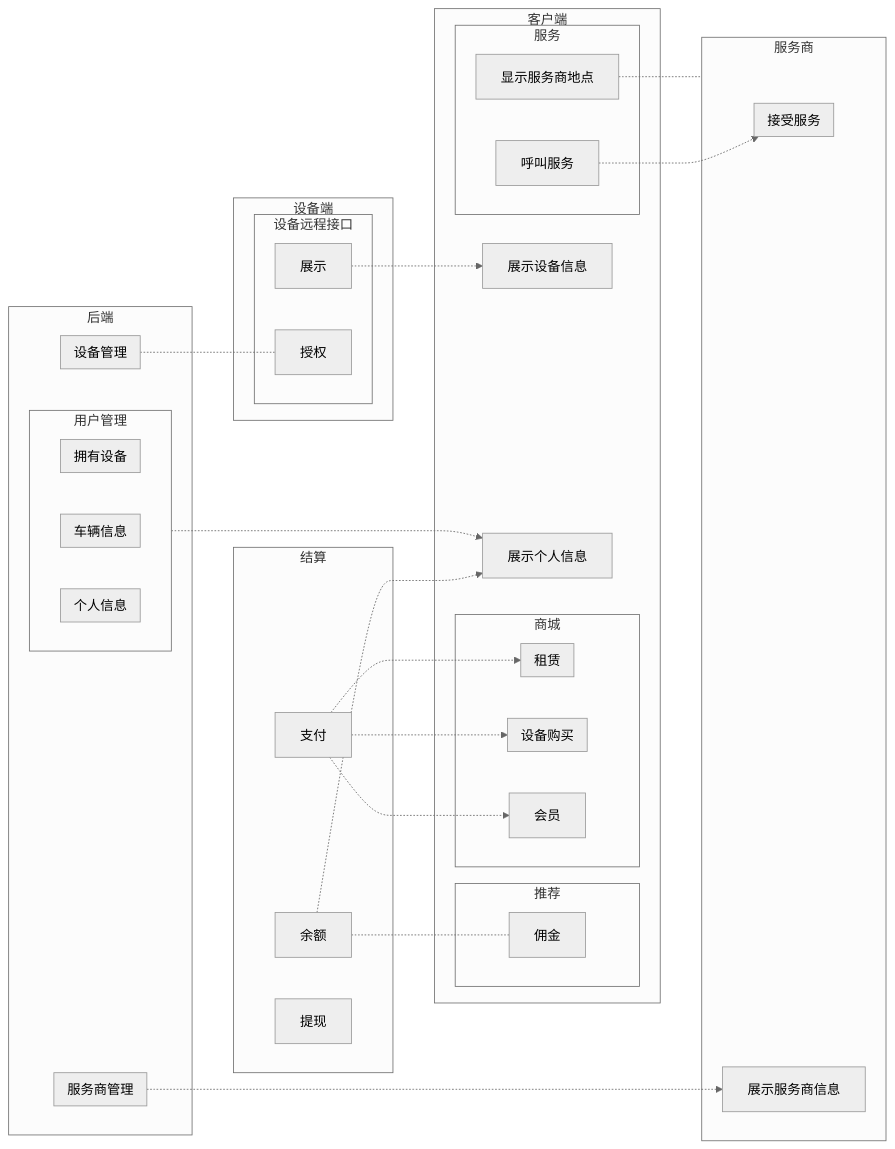
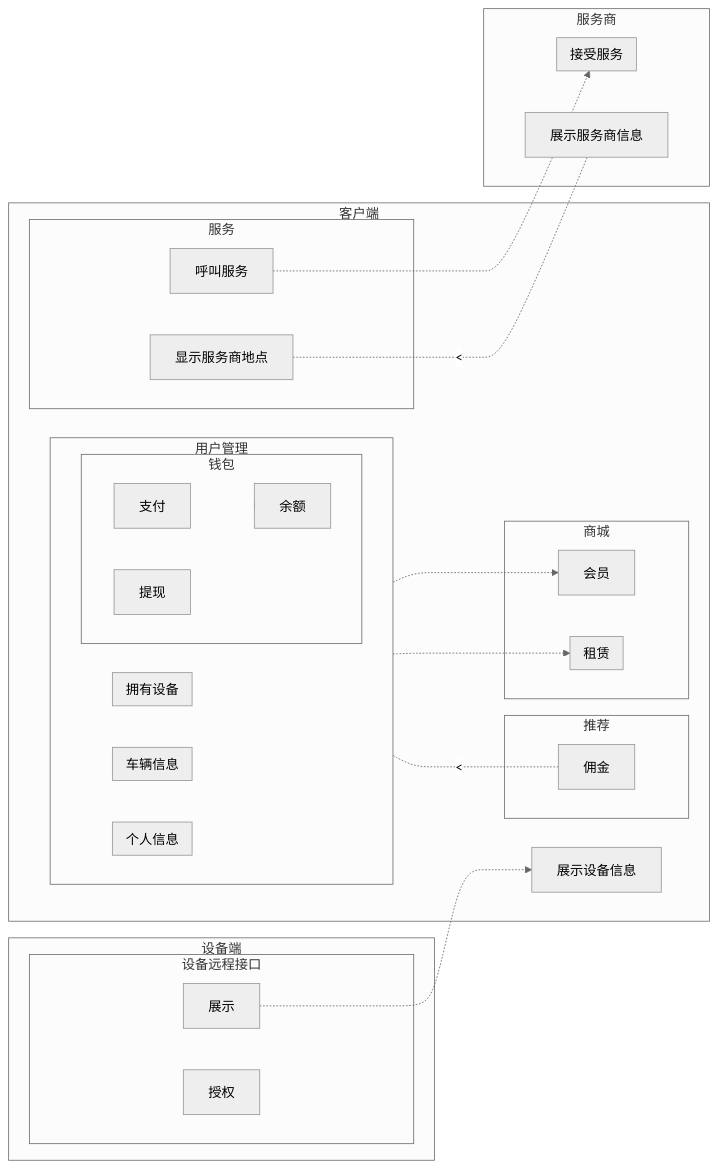
The diagram in README.md (egenerator/egenerator.github.io), drawn with Mermaid (neutral theme) before and after one commit. The commit also changed other lines of this file, not shown here.

Commit message:
del  后端

````diff
--- a/README.md
+++ b/README.md
@@ -1,71 +1,58 @@
 ```mermaid
 
 flowchart LR;
     呼叫服务-.->接受服务
-    显示服务商地点-.-服务商
+    显示服务商地点-."<"-.-展示服务商信息
+    余额-."<"-.-佣金
+
     展示-.->展示设备信息
-    用户管理-.->展示个人信息
-    余额-.->展示个人信息
-    余额-.-佣金
-    设备管理-.-授权
-    服务商管理-.->展示服务商信息
-
-    支付-.->设备购买
+    余额-.->钱包
     支付-.->租赁
     支付-.->会员
 
-    subgraph "结算"
-        余额
-        支付
-        提现
-    end
     subgraph 客户端
-        展示个人信息
+
+        subgraph "用户管理"       
+         direction RL
+            subgraph "个人信息"
+            end
+            subgraph "车辆信息"
+            end
+            subgraph "拥有设备"
+            end
+            subgraph 钱包
+                余额
+                支付
+                提现
+            end
+        end
         展示设备信息
         subgraph 推荐
             佣金
         end
         subgraph "商城"
-            subgraph "设备购买"
-            end
             subgraph "租赁"
             end
             会员
         end
         subgraph 服务
             显示服务商地点
             呼叫服务
         end
     end
-    
-    subgraph 后端
-        subgraph "用户管理"
-        direction RL
-            subgraph "个人信息"
-            end
-            subgraph "车辆信息"
-            end
-            subgraph "拥有设备"
-            end
-        end
-        subgraph 设备管理
-        end
-        subgraph 服务商管理
-        end
-    end
-
     subgraph 设备端
         subgraph 设备远程接口
             展示
             授权
         end
     end
 
 
     subgraph "服务商"
         subgraph "接受服务"
         end
         展示服务商信息
     end
 
+
 ```
````
